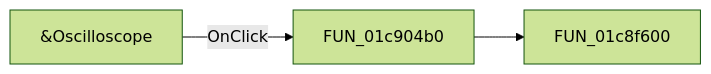
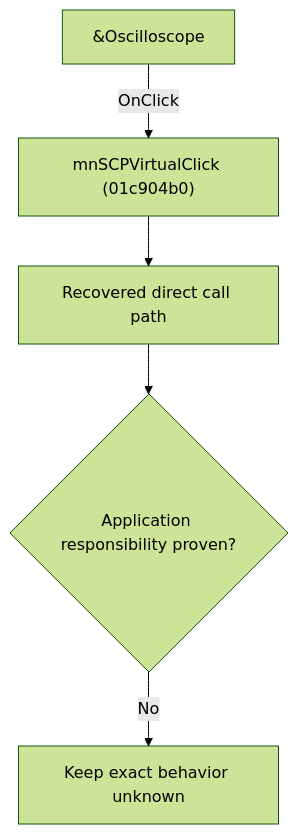
The diagram in docs/ui-controls/schematiceditor/oscilloscope-23ce74a54b.md (MovGP0/TIARA), drawn with Mermaid (forest theme) before and after one commit. The commit also changed other lines of this file and 1062 other files, not shown here.

````diff
--- a/docs/ui-controls/schematiceditor/oscilloscope-23ce74a54b.md
+++ b/docs/ui-controls/schematiceditor/oscilloscope-23ce74a54b.md
@@ -27,5 +27,7 @@
 ```mermaid
-flowchart LR
-    control["&Oscilloscope"] -->|OnClick| handler["FUN_01c904b0"]
-    handler --> call1["FUN_01c8f600"]
+flowchart TD
+    control["&Oscilloscope"] -->|"OnClick"| handler["mnSCPVirtualClick (01c904b0)"]
+    handler --> recovered["Recovered direct call path"]
+    recovered --> gap{"Application responsibility proven?"}
+    gap -->|"No"| blocked["Keep exact behavior unknown"]
 ```
````
